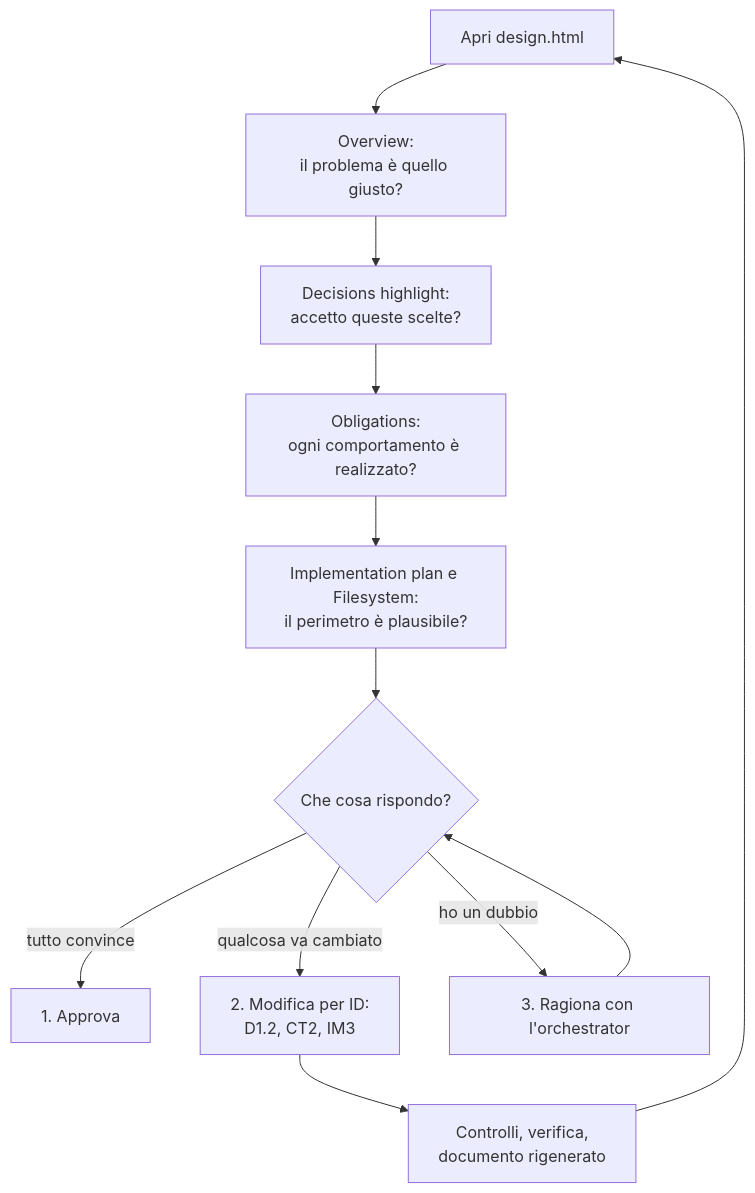
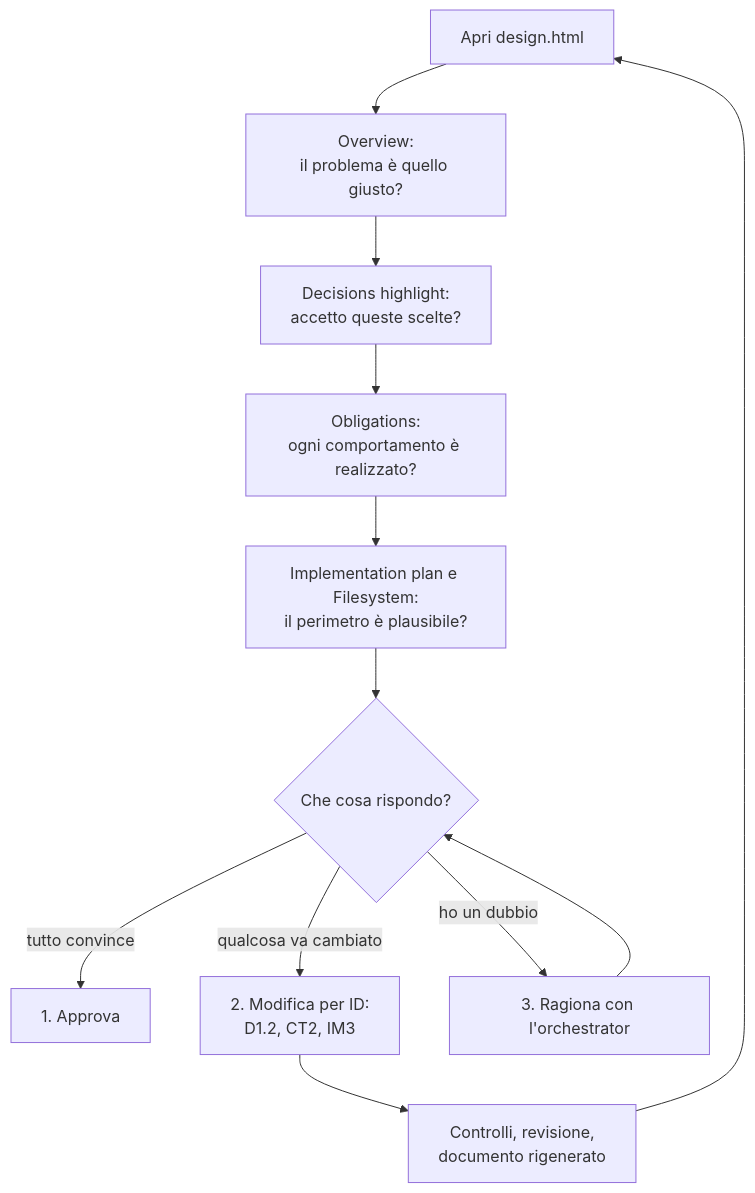
The diagram in orchestrator/reference/documento-di-design.md (violabg/agentic-system-lessons), drawn with Mermaid before and after one commit. The commit also changed other lines of this file and 69 other files, not shown here.

````diff
--- a/orchestrator/reference/documento-di-design.md
+++ b/orchestrator/reference/documento-di-design.md
@@ -50,14 +50,14 @@
 ```mermaid
 flowchart TD
     Start[Apri design.html] --> Overview[Overview:<br/>il problema è quello giusto?]
     Overview --> Highlight[Decisions highlight:<br/>accetto queste scelte?]
     Highlight --> Coverage[Obligations:<br/>ogni comportamento è realizzato?]
     Coverage --> Scope[Implementation plan e Filesystem:<br/>il perimetro è plausibile?]
     Scope --> Answer{Che cosa rispondo?}
     Answer -->|tutto convince| Approve[1. Approva]
     Answer -->|qualcosa va cambiato| Change[2. Modifica per ID:<br/>D1.2, CT2, IM3]
     Answer -->|ho un dubbio| Discuss[3. Ragiona con l'orchestrator]
-    Change --> Regenerate[Controlli, verifica,<br/>documento rigenerato]
+    Change --> Regenerate[Controlli, revisione,<br/>documento rigenerato]
     Discuss --> Answer
     Regenerate --> Start
 ```
````
